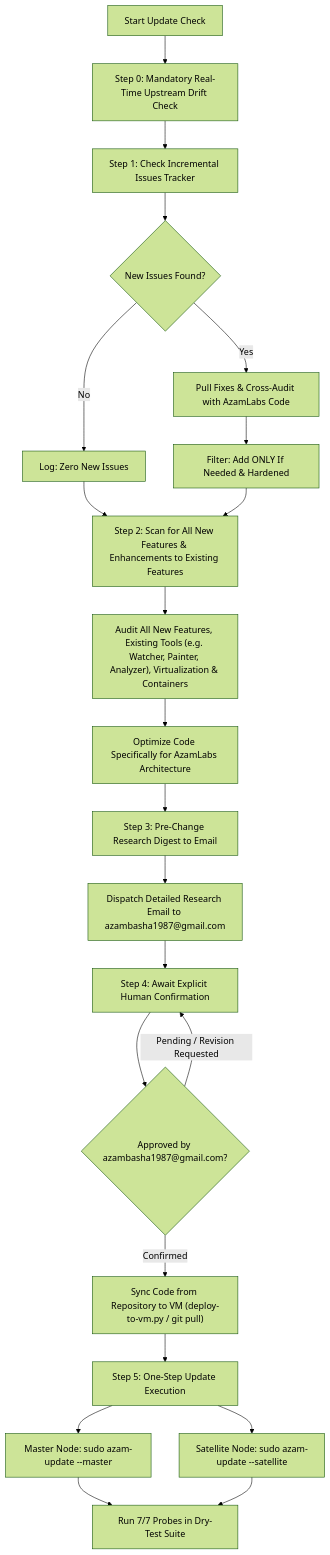
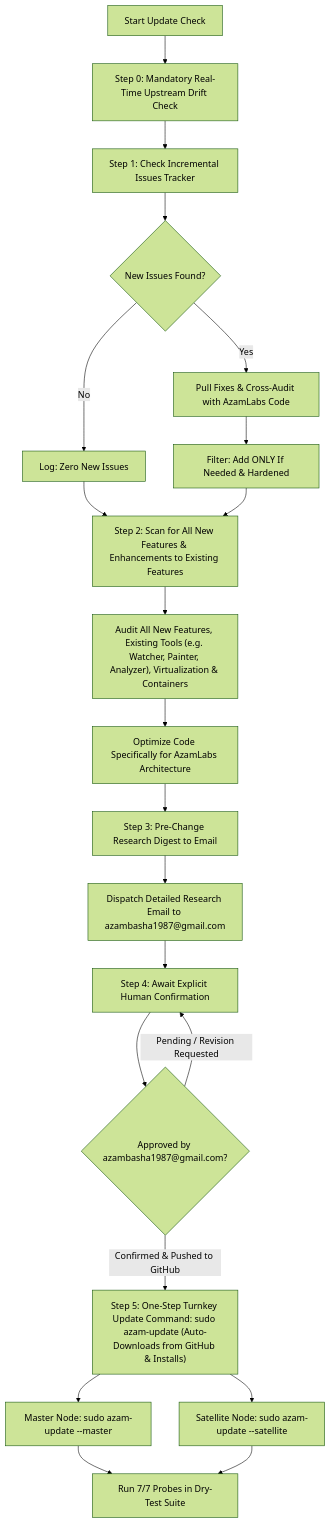
One commit to azambasha1987/MyRepo changed the diagram in AzamLabs/docs/UPDATE_CHECK_PLAN.md. Above: the diagram before and after it, drawn with Mermaid (forest theme). The commit also changed other lines of this file and 2 other files, not shown here.

Commit message:
feat(update): embed automated in-band GitHub fetch directly into azam-update

````diff
--- a/AzamLabs/docs/UPDATE_CHECK_PLAN.md
+++ b/AzamLabs/docs/UPDATE_CHECK_PLAN.md
@@ -77,24 +77,23 @@
 ```mermaid
 graph TD
     A["Start Update Check"] --> A0["Step 0: Mandatory Real-Time Upstream Drift Check"]
     A0 --> B["Step 1: Check Incremental Issues Tracker"]
     B --> C{"New Issues Found?"}
     C -->|No| D["Log: Zero New Issues"]
     C -->|Yes| E["Pull Fixes & Cross-Audit with AzamLabs Code"]
     E --> F["Filter: Add ONLY If Needed & Hardened"]
     D --> G["Step 2: Scan for All New Features & Enhancements to Existing Features"]
     F --> G
     G --> H["Audit All New Features, Existing Tools (e.g. Watcher, Painter, Analyzer), Virtualization & Containers"]
     H --> I["Optimize Code Specifically for AzamLabs Architecture"]
     I --> J["Step 3: Pre-Change Research Digest to Email"]
     J --> K["Dispatch Detailed Research Email to azambasha1987@gmail.com"]
     K --> L["Step 4: Await Explicit Human Confirmation"]
     L --> M{"Approved by azambasha1987@gmail.com?"}
     M -->|Pending / Revision Requested| L
-    M -->|Confirmed| SYNC["Sync Code from Repository to VM (deploy-to-vm.py / git pull)"]
-    SYNC --> N["Step 5: One-Step Update Execution"]
+    M -->|Confirmed & Pushed to GitHub| N["Step 5: One-Step Turnkey Update Command: sudo azam-update (Auto-Downloads from GitHub & Installs)"]
     N --> O["Master Node: sudo azam-update --master"]
     N --> P["Satellite Node: sudo azam-update --satellite"]
     O --> Q["Run 7/7 Probes in Dry-Test Suite"]
     P --> Q
 ```
````
